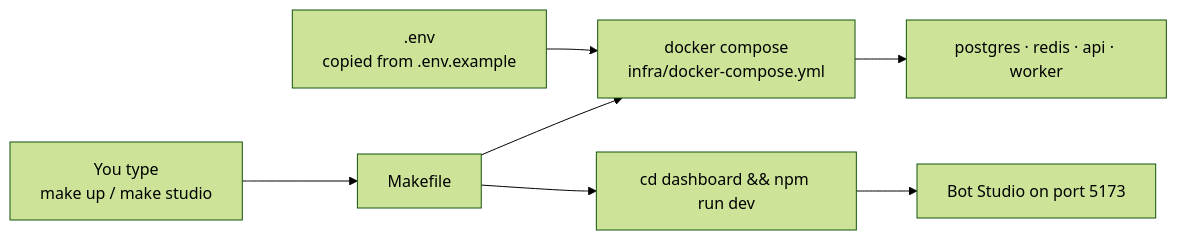
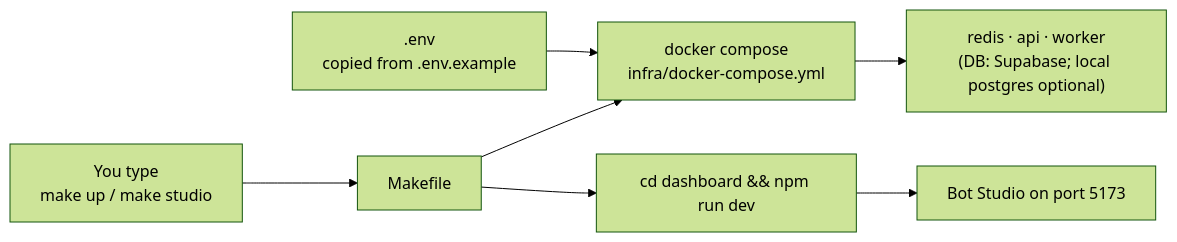
The eighth of 27 diagrams in docs/REPO_STRUCTURE.md (md-sahil-analyst22/chatbot-platform), drawn with Mermaid (forest theme) before and after one commit. The commit also changed other lines of this file and 43 other files, not shown here.

````diff
--- a/docs/REPO_STRUCTURE.md
+++ b/docs/REPO_STRUCTURE.md
@@ -1147,9 +1147,9 @@
 ```mermaid
 flowchart LR
     DEV["You type<br/>make up / make studio"] --> MK["Makefile"]
     MK --> DC["docker compose<br/>infra/docker-compose.yml"]
     MK --> NPM["cd dashboard && npm run dev"]
     ENV[".env<br/>copied from .env.example"] --> DC
-    DC --> STACK["postgres · redis · api · worker"]
+    DC --> STACK["redis · api · worker<br/>(DB: Supabase; local postgres optional)"]
     NPM --> STUDIO["Bot Studio on port 5173"]
 ```
````
